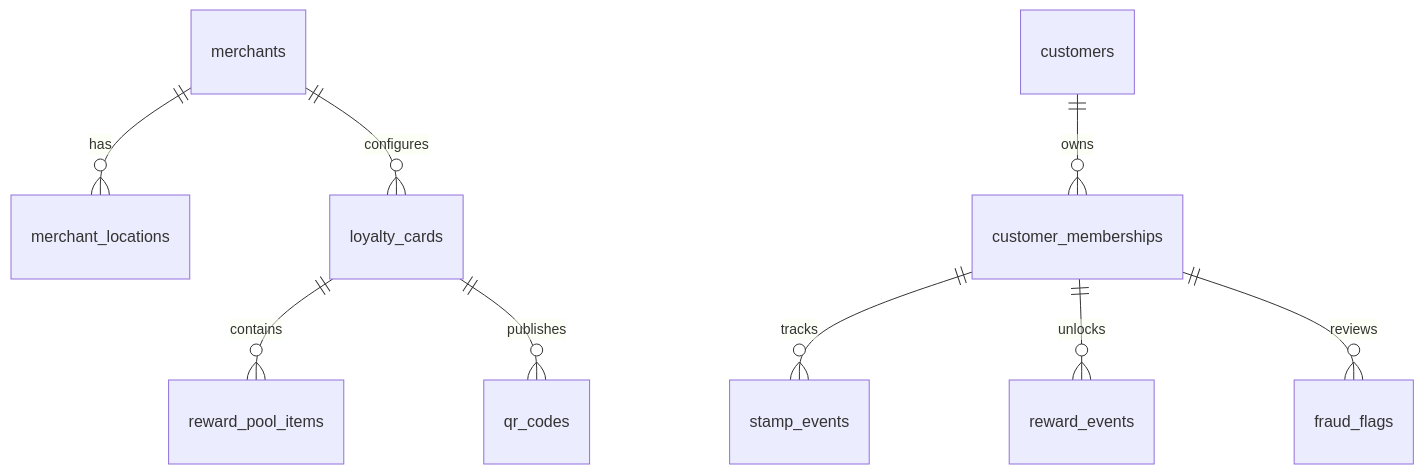
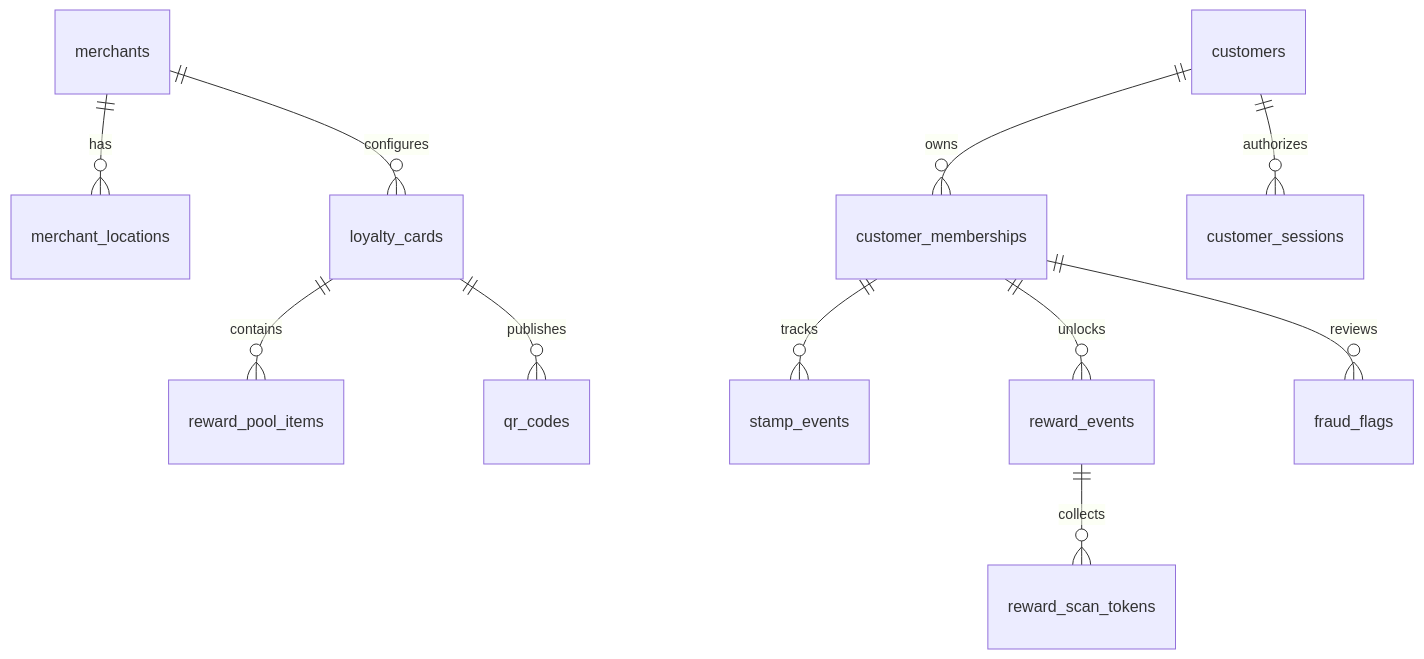
One commit to lapeninns/nabaperks changed the second of 5 diagrams in docs/ARCHITECTURE.md. Above: the diagram before and after it, drawn with Mermaid. The commit also changed other lines of this file and 82 other files, not shown here.

````diff
--- a/docs/ARCHITECTURE.md
+++ b/docs/ARCHITECTURE.md
@@ -84,11 +87,13 @@
 ```mermaid
 erDiagram
   merchants ||--o{ merchant_locations : has
   merchants ||--o{ loyalty_cards : configures
   loyalty_cards ||--o{ reward_pool_items : contains
   loyalty_cards ||--o{ qr_codes : publishes
   customers ||--o{ customer_memberships : owns
+  customers ||--o{ customer_sessions : authorizes
   customer_memberships ||--o{ stamp_events : tracks
   customer_memberships ||--o{ reward_events : unlocks
+  reward_events ||--o{ reward_scan_tokens : collects
   customer_memberships ||--o{ fraud_flags : reviews
 ```
````
